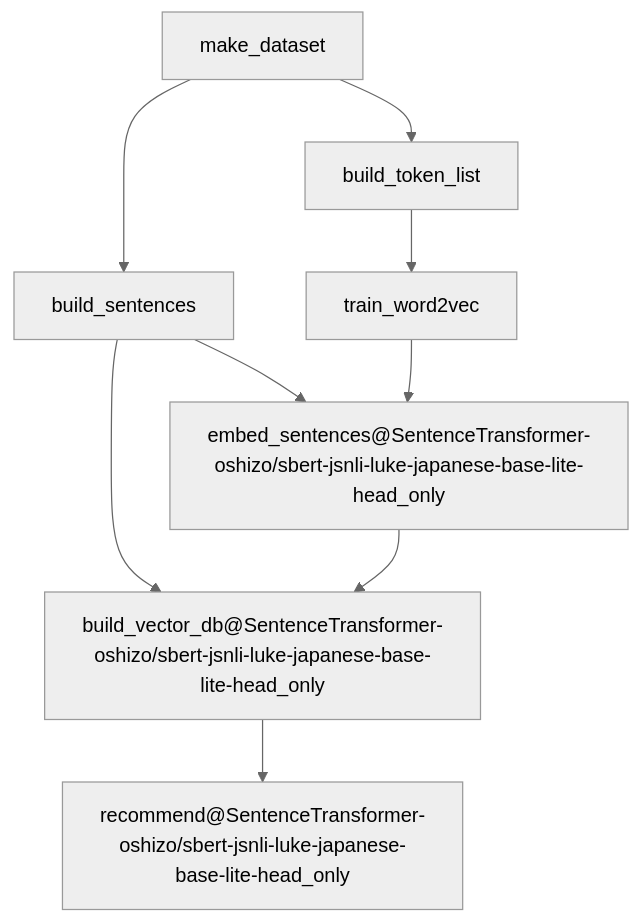
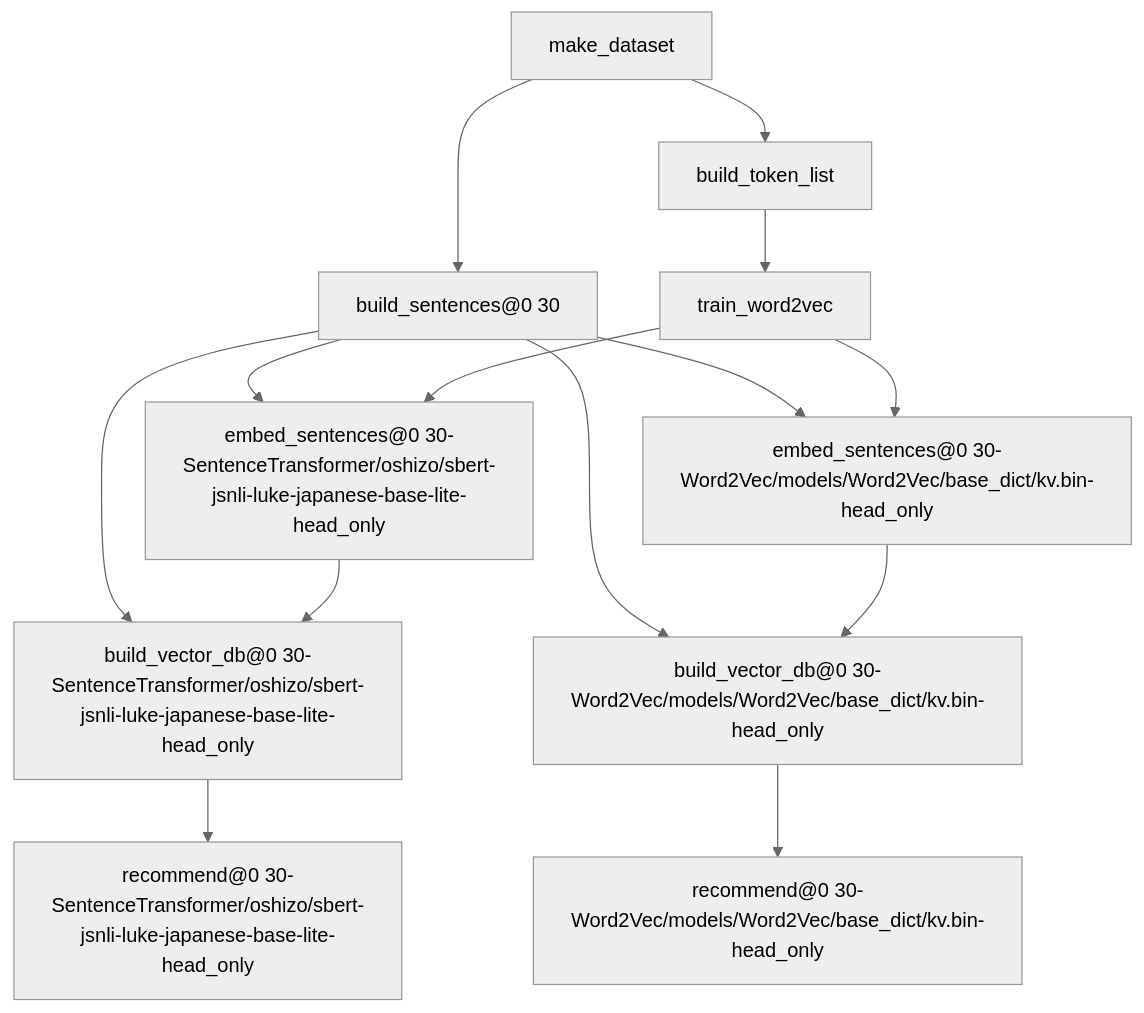
Before and after one commit to u-masao/embed-text-recommender: the diagram in PIPELINE.md, drawn with Mermaid (neutral theme).

Commit message:
[update] dvc repro

````diff
--- a/PIPELINE.md
+++ b/PIPELINE.md
@@ -1,18 +1,26 @@
 ```mermaid
 flowchart TD
-	node1["build_sentences"]
+	node1["build_sentences@0 30"]
 	node2["build_token_list"]
-	node3["build_vector_db@SentenceTransformer-oshizo/sbert-jsnli-luke-japanese-base-lite-head_only"]
-	node4["embed_sentences@SentenceTransformer-oshizo/sbert-jsnli-luke-japanese-base-lite-head_only"]
-	node5["make_dataset"]
-	node6["recommend@SentenceTransformer-oshizo/sbert-jsnli-luke-japanese-base-lite-head_only"]
-	node7["train_word2vec"]
+	node3["build_vector_db@0 30-SentenceTransformer/oshizo/sbert-jsnli-luke-japanese-base-lite-head_only"]
+	node4["build_vector_db@0 30-Word2Vec/models/Word2Vec/base_dict/kv.bin-head_only"]
+	node5["embed_sentences@0 30-SentenceTransformer/oshizo/sbert-jsnli-luke-japanese-base-lite-head_only"]
+	node6["embed_sentences@0 30-Word2Vec/models/Word2Vec/base_dict/kv.bin-head_only"]
+	node7["make_dataset"]
+	node8["recommend@0 30-SentenceTransformer/oshizo/sbert-jsnli-luke-japanese-base-lite-head_only"]
+	node9["recommend@0 30-Word2Vec/models/Word2Vec/base_dict/kv.bin-head_only"]
+	node10["train_word2vec"]
 	node1-->node3
 	node1-->node4
-	node2-->node7
-	node3-->node6
-	node4-->node3
-	node5-->node1
-	node5-->node2
-	node7-->node4
+	node1-->node5
+	node1-->node6
+	node2-->node10
+	node3-->node8
+	node4-->node9
+	node5-->node3
+	node6-->node4
+	node7-->node1
+	node7-->node2
+	node10-->node5
+	node10-->node6
 ```
````
